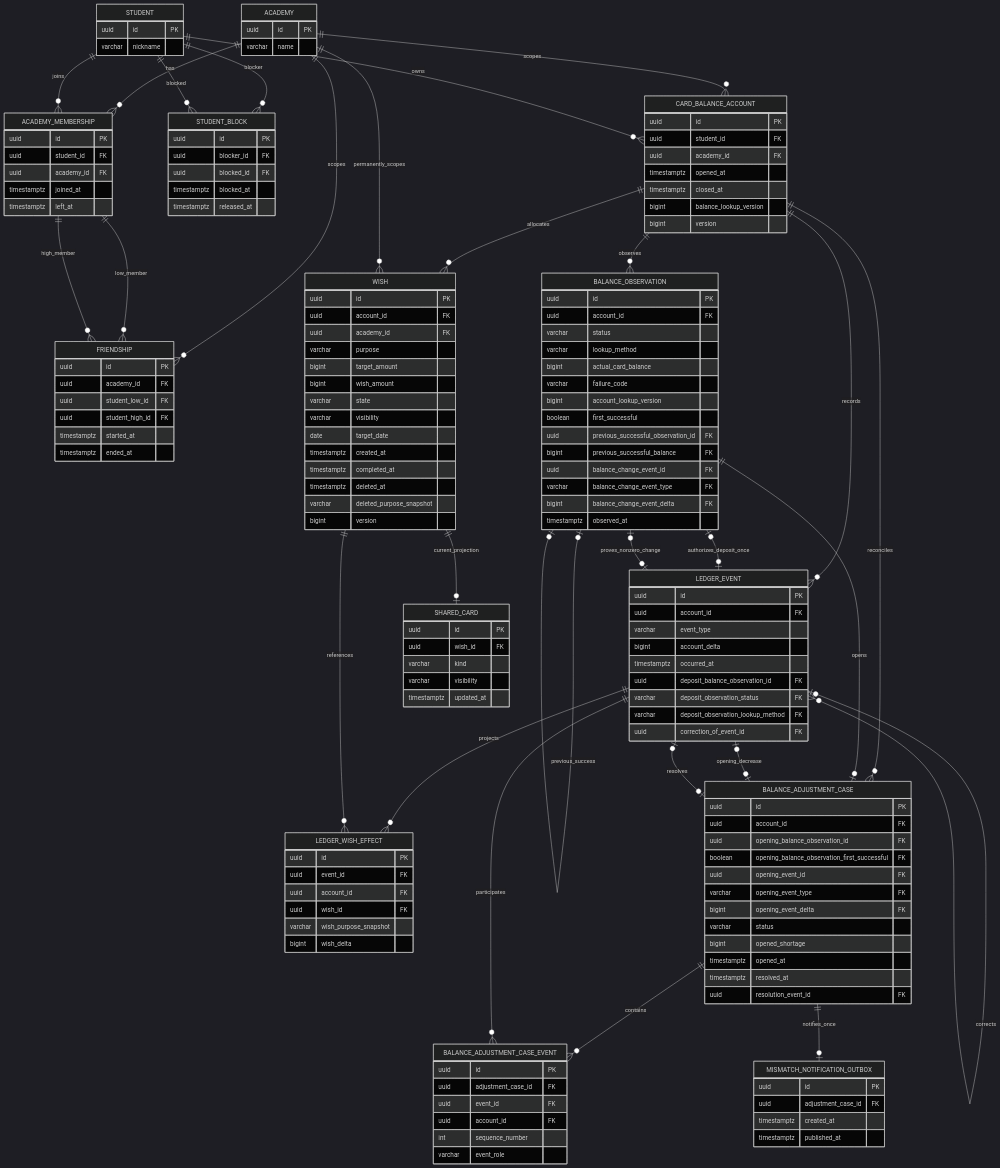
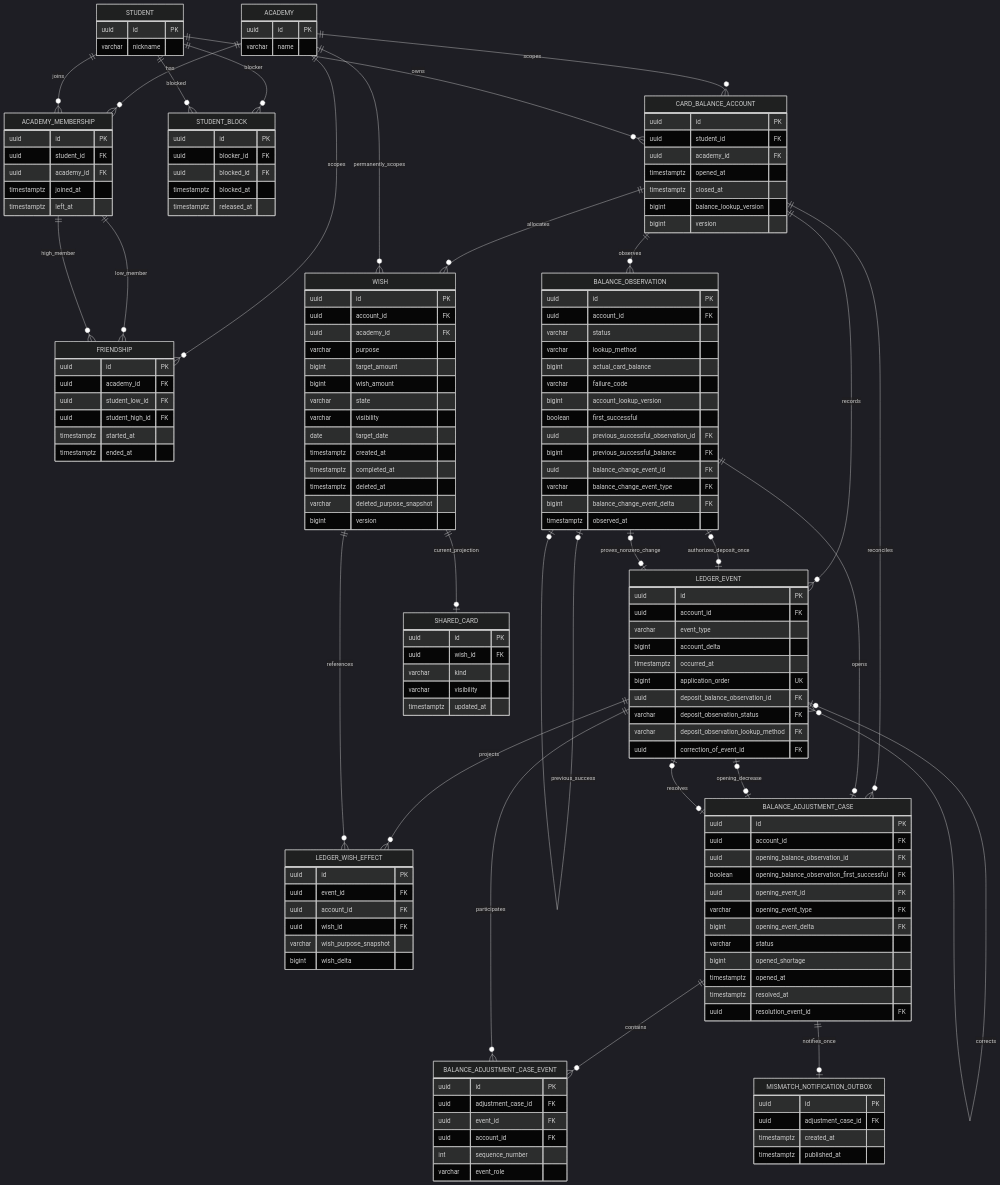
The diagram in docs/wish/data-model-db-integrity.md (crabitteam2/crabit-backend), drawn with Mermaid (dark theme) before and after one commit. The commit also changed other lines of this file and 6 other files, not shown here.

```diff
--- a/docs/wish/data-model-db-integrity.md
+++ b/docs/wish/data-model-db-integrity.md
@@ -99,6 +99,7 @@
         varchar event_type
         bigint account_delta
         timestamptz occurred_at
+        bigint application_order UK
         uuid deposit_balance_observation_id FK
         varchar deposit_observation_status FK
         varchar deposit_observation_lookup_method FK
```
